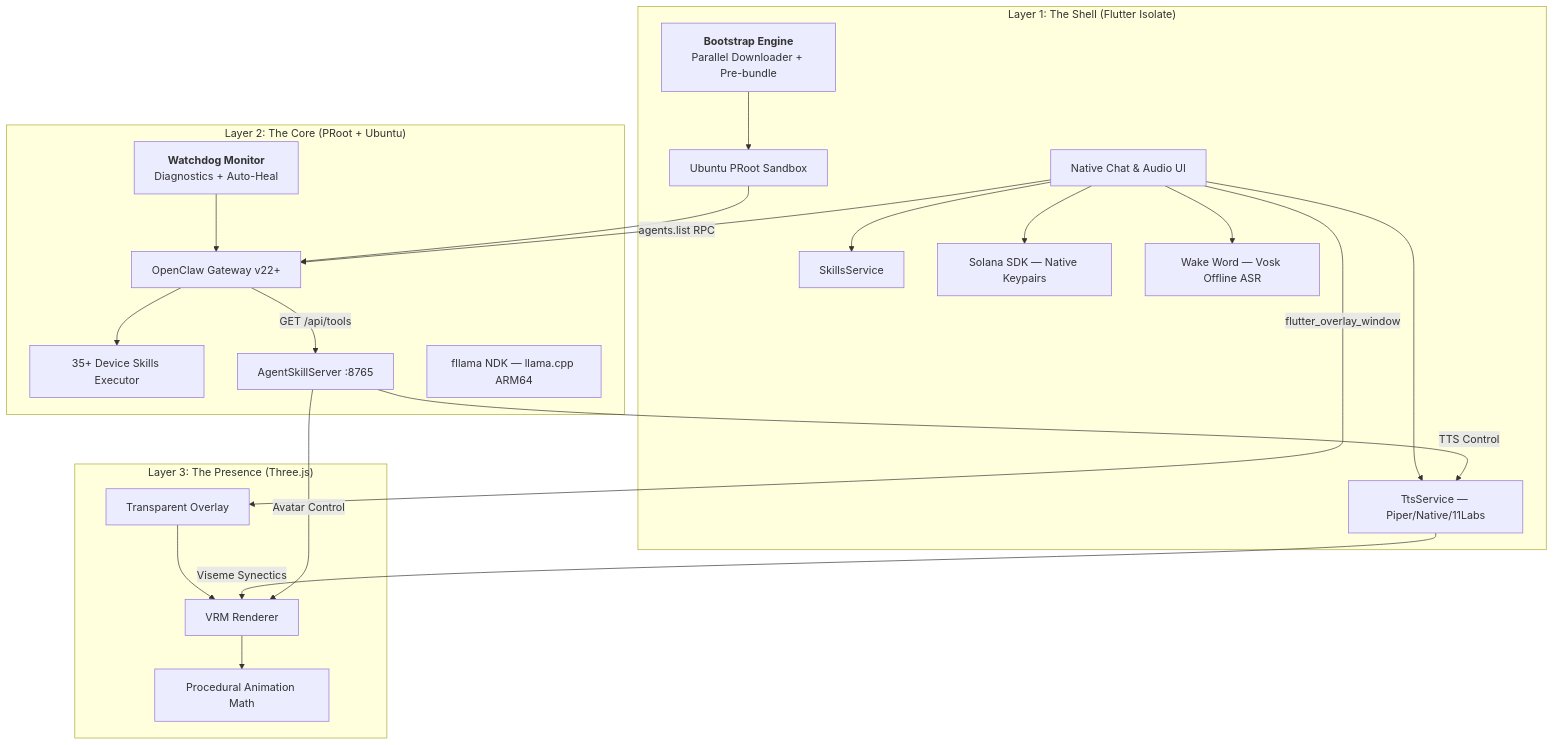
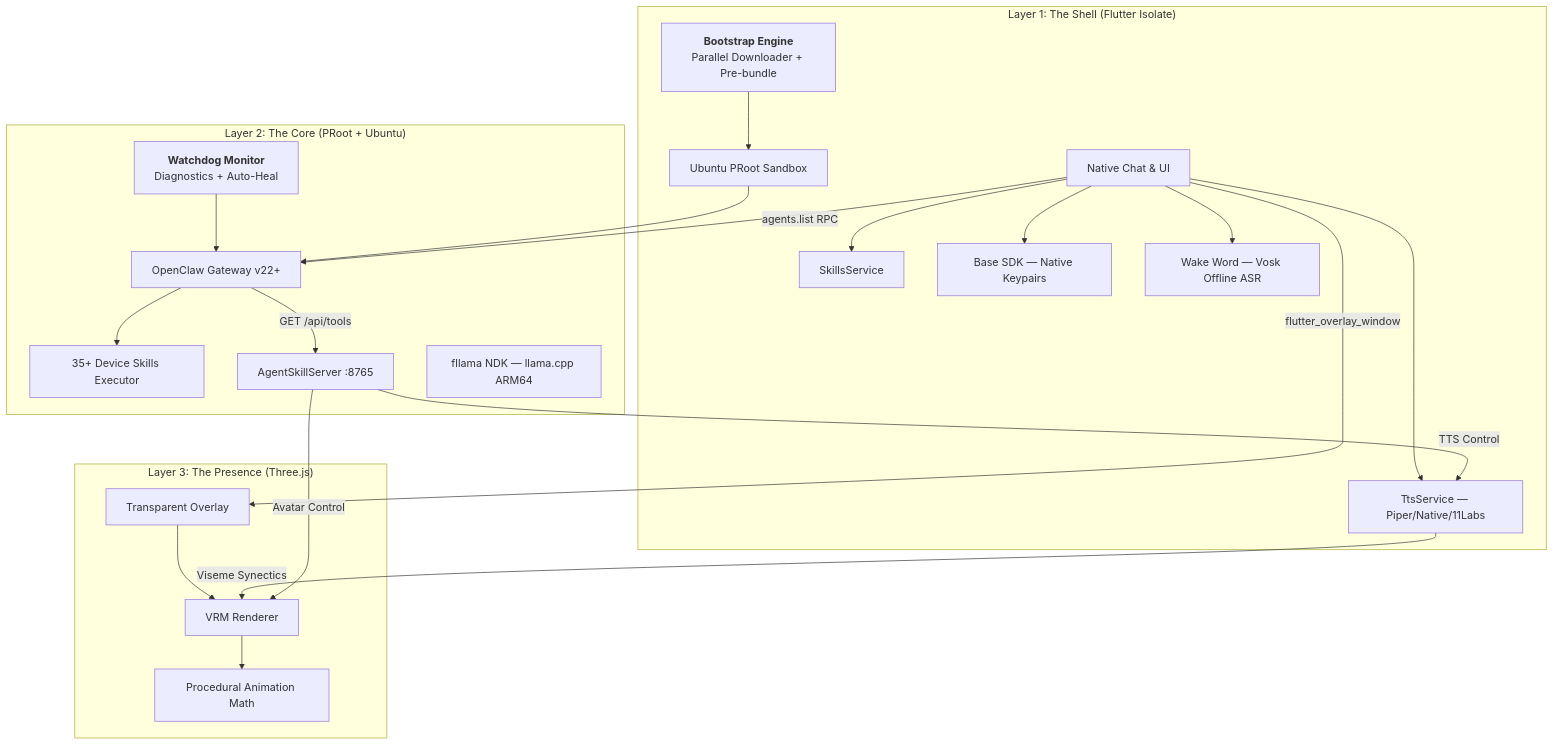
Before and after one commit to vmbbz/plawie: the diagram in README.md, drawn with Mermaid. The commit also changed other lines of this file, not shown here.

Commit message:
docs: finalize technical restoration and update to BASE blockchain

````diff
--- a/README.md
+++ b/README.md
@@ -125,29 +141,29 @@
 ```mermaid
 graph TD
     subgraph "Layer 1: The Shell (Flutter Isolate)"
-        A[Native Chat & Audio UI] --> B[SkillsService]
-        A --> C[Solana SDK — Native Keypairs]
+        A[Native Chat & UI] --> B[SkillsService]
+        A --> C[Base SDK — Native Keypairs]
         A --> D[TtsService — Piper/Native/11Labs]
         A --> W[Wake Word — Vosk Offline ASR]
         Z[<b>Bootstrap Engine</b><br/>Parallel Downloader + Pre-bundle] --> E
     end
 
     subgraph "Layer 2: The Core (PRoot + Ubuntu)"
         E[Ubuntu PRoot Sandbox] --> F[OpenClaw Gateway v22+]
         F --> G[35+ Device Skills Executor]
         F -- "GET /api/tools" --> K
         L[fllama NDK — llama.cpp ARM64]
         M[<b>Watchdog Monitor</b><br/>Diagnostics + Auto-Heal] --> F
     end
 
     subgraph "Layer 3: The Presence (Three.js)"
         H[Transparent Overlay] --> I[VRM Renderer]
         I --> J[Procedural Animation Math]
     end
 
     A -- "flutter_overlay_window" --> H
     D -- "Viseme Synectics" --> I
     A -- "agents.list RPC" --> F
     K[AgentSkillServer :8765] -- "Avatar Control" --> I
     K -- "TTS Control" --> D
 ```
````
